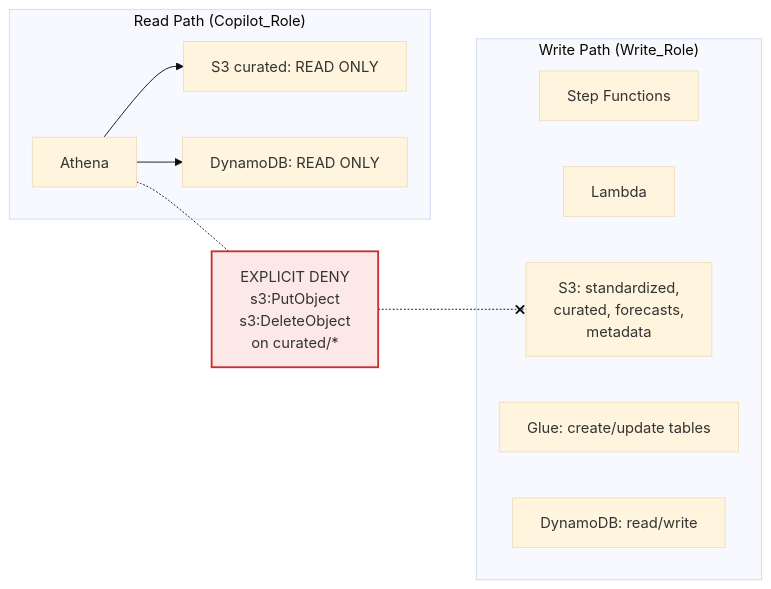
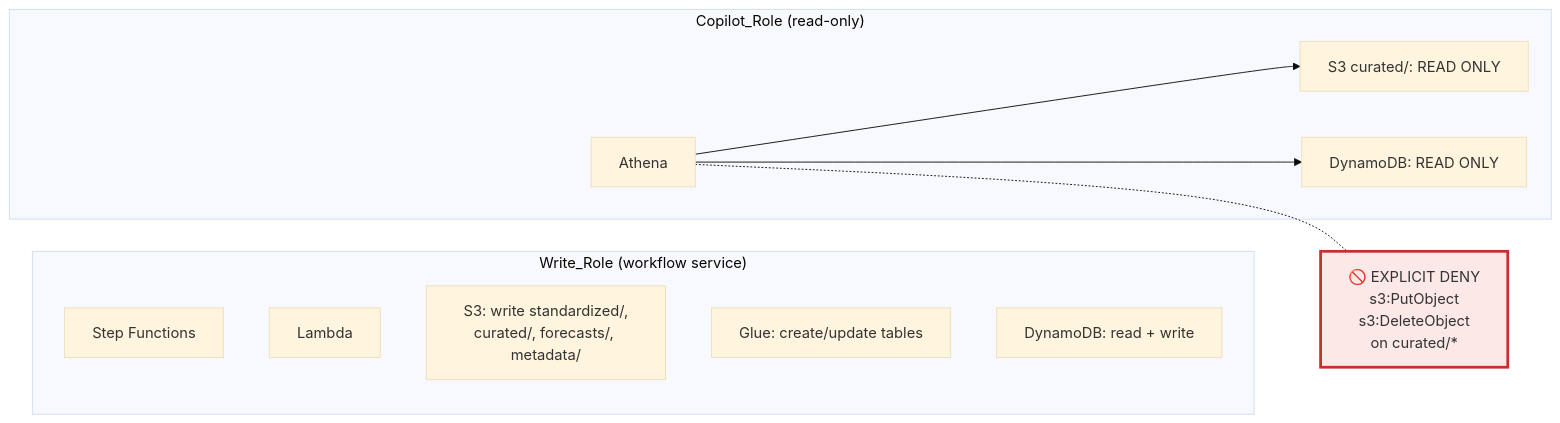
One commit to rexw713ss/aws_smartcity_hackathon changed the third of 3 diagrams in docs/aws-architecture.md. Above: the diagram before and after it, drawn with Mermaid (base theme). The commit also changed other lines of this file, not shown here.

Commit message:
Simplify AWS architecture diagram to services only

````diff
--- a/docs/aws-architecture.md
+++ b/docs/aws-architecture.md
@@ -227,26 +135,25 @@
 ```mermaid
 graph LR
-    subgraph WriteZone["Write Path (Write_Role)"]
-        SFN["Step Functions"]
-        LAMBDA["Lambda"]
-        S3W["S3: standardized,<br/>curated, forecasts,<br/>metadata"]
-        GLUE_W["Glue: create/update tables"]
-        DDB_W["DynamoDB: read/write"]
+    subgraph Write["Write_Role (workflow service)"]
+        W_SFN["Step Functions"]
+        W_LAMBDA["Lambda"]
+        W_S3["S3: write standardized/,<br/>curated/, forecasts/, metadata/"]
+        W_GLUE["Glue: create/update tables"]
+        W_DDB["DynamoDB: read + write"]
     end
 
-    subgraph ReadZone["Read Path (Copilot_Role)"]
-        ATHENA["Athena"]
-        S3R["S3 curated: READ ONLY"]
-        DDB_R["DynamoDB: READ ONLY"]
+    subgraph Read["Copilot_Role (read-only)"]
+        R_ATHENA["Athena"]
+        R_S3["S3 curated/: READ ONLY"]
+        R_DDB["DynamoDB: READ ONLY"]
     end
 
-    DENY["EXPLICIT DENY<br/>s3:PutObject<br/>s3:DeleteObject<br/>on curated/*"]
+    DENY["🚫 EXPLICIT DENY<br/>s3:PutObject<br/>s3:DeleteObject<br/>on curated/*"]
 
-    ATHENA --> S3R
-    ATHENA --> DDB_R
-    ATHENA -.- DENY
-    DENY -.-x S3W
+    R_ATHENA --> R_S3
+    R_ATHENA --> R_DDB
+    R_ATHENA -.- DENY
 
-    classDef deny fill:#fde8e8,stroke:#c53030,stroke-width:2px
+    classDef deny fill:#fde8e8,stroke:#c53030,stroke-width:3px
     class DENY deny
 ```
````
